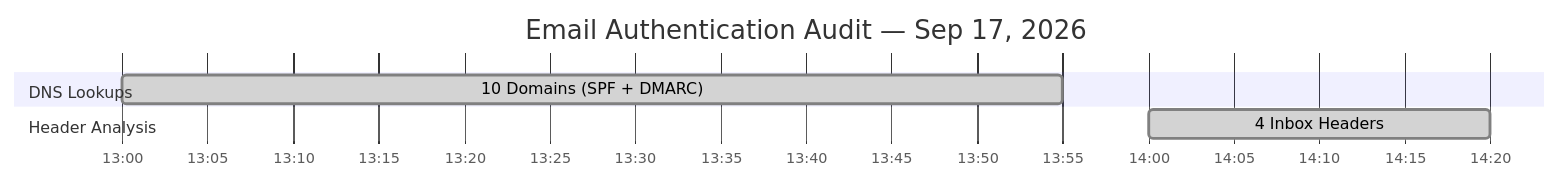
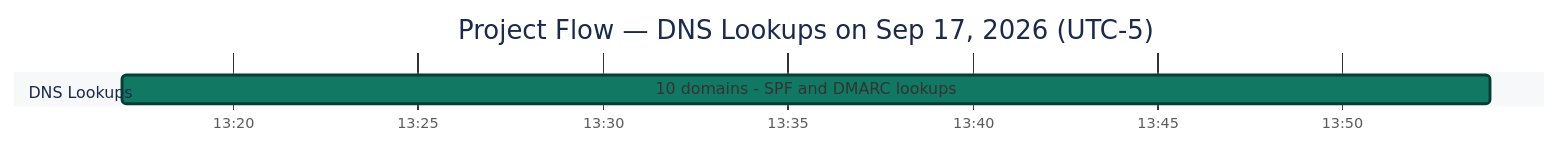
Before and after one commit to malaika-azhar/Real-World-Tier2-Support-Projects: the second of 4 diagrams in project-3-live-email-security-audit/README.md, drawn with Mermaid. The commit also changed other lines of this file, not shown here.

````diff
--- a/project-3-live-email-security-audit/README.md
+++ b/project-3-live-email-security-audit/README.md
@@ -85,10 +149,15 @@
 ```mermaid
+%%{init: { 'theme': 'base', 'themeVariables': {
+  'doneTaskBkgColor':'#117864', 'doneTaskBorderColor':'#083D33',
+  'sectionBkgColor':'#D6DBDF', 'altSectionBkgColor':'#EAECEE',
+  'taskTextColor':'#FFFFFF', 'taskTextOutsideColor':'#1B2631',
+  'taskTextLightColor':'#FFFFFF',
+  'titleColor':'#1B2A4A', 'fontSize':'16px'
+}}}%%
 gantt
-    title Email Authentication Audit — Sep 17, 2026
+    title Project Flow — DNS Lookups on Sep 17, 2026 (UTC-5)
     dateFormat HH:mm
     axisFormat %H:%M
     section DNS Lookups
-    10 Domains (SPF + DMARC)     :done, 13:00, 55m
-    section Header Analysis
-    4 Inbox Headers              :done, 14:00, 20m
+    10 domains - SPF and DMARC lookups   :done, 13:17, 37m
 ```
````
